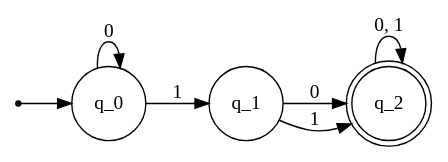
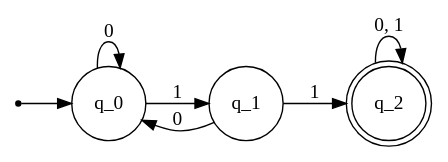
The diagram in graphs/02_combine_ex1p1.gv (drnfns/cs1502), drawn with Graphviz before and after one commit. The commit also changed 24 other files, not shown here.

```diff
--- a/graphs/02_combine_ex1p1.gv
+++ b/graphs/02_combine_ex1p1.gv
@@ -1,14 +1,15 @@
 digraph finite_state_machine {
 	rankdir=LR;
   edge [margin = 0.1];
-	node [shape = doublecircle] q_2;
   node [shape=point] start;
 	node [shape = circle];
 
   start -> q_0;
   q_0 -> q_0 [label = "0"];
   q_0 -> q_1 [label = "1"];
-  q_1 -> q_2 [label = "0"]
+  q_1 -> q_0 [label = "0"];
+
+	node [shape = doublecircle] q_2;
   q_1 -> q_2 [label = "1"];
   q_2 -> q_2 [label = "0, 1"];
 }
```
